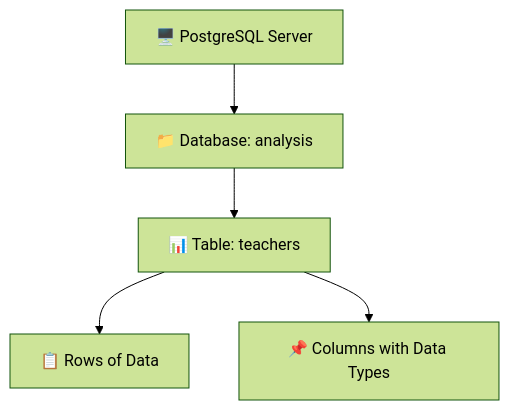
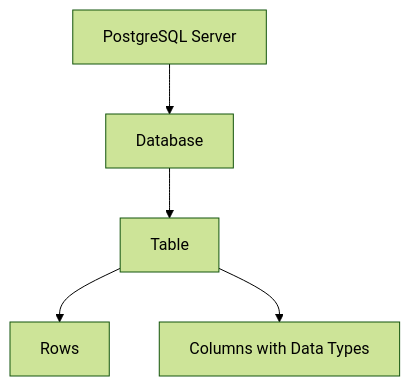
One commit to Furba2/Obsidian changed the first of 4 diagrams in Practical SQL/chap_2.md. Above: the diagram before and after it, drawn with Mermaid (forest theme). The commit also changed other lines of this file and 2 other files, not shown here.

````diff
--- a/Practical SQL/chap_2.md
+++ b/Practical SQL/chap_2.md
@@ -9,7 +5,7 @@
 ```mermaid
 flowchart TD
-    A[🖥️ PostgreSQL Server] --> B[📁 Database: analysis]
-    B --> C[📊 Table: teachers]
-    C --> D[📋 Rows of Data]
-    C --> E[📌 Columns with Data Types]
+    A[PostgreSQL Server] --> B[Database]
+    B --> C[Table]
+    C --> D[Rows]
+    C --> E[Columns with Data Types]
 ```
````
